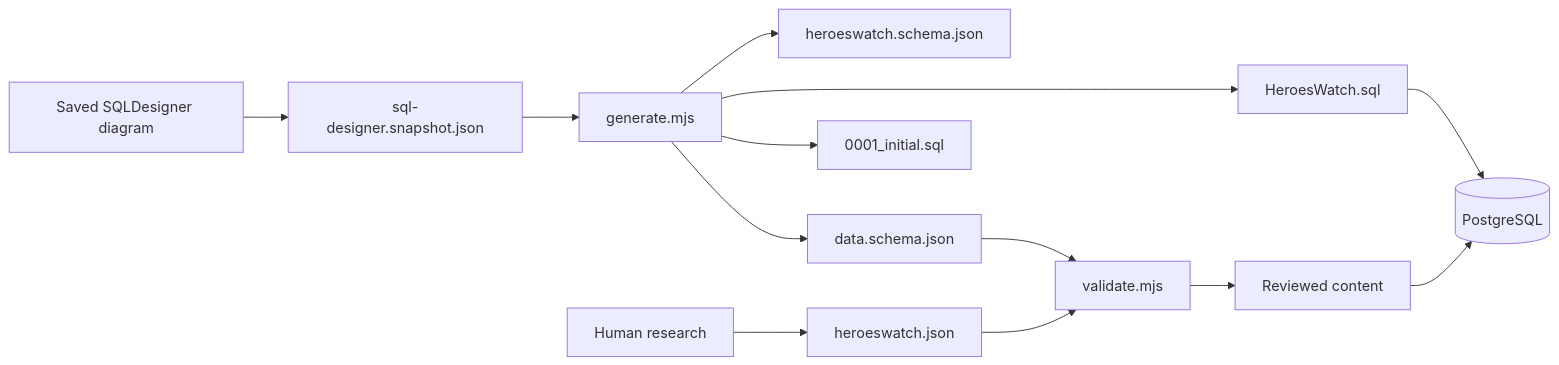
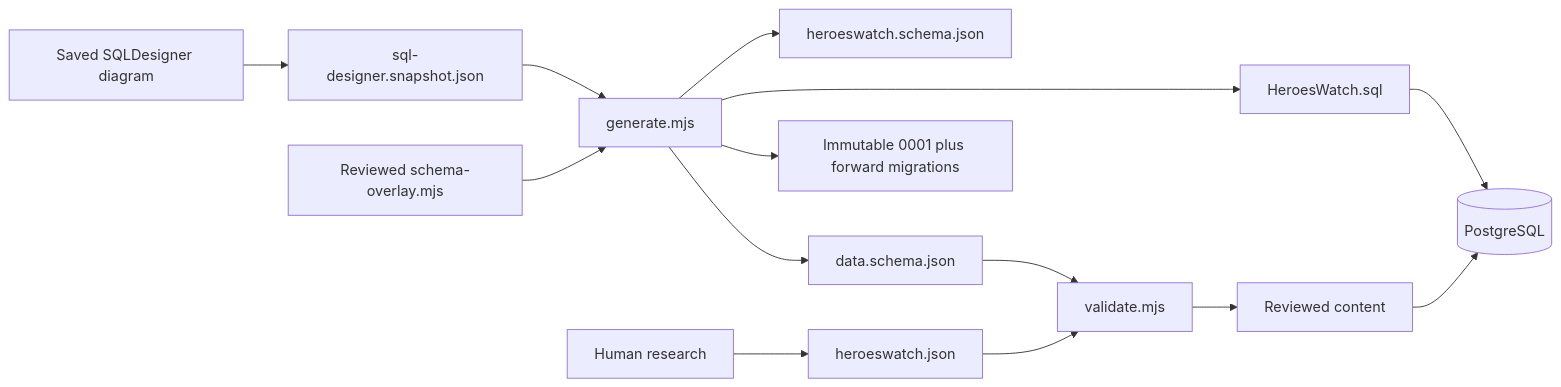
Before and after one commit to RusMermaid/HeroesWatch: the third of 3 diagrams in src/db/ARCHITECTURE.md, drawn with Mermaid. The commit also changed other lines of this file and 52 other files, not shown here.

````diff
--- a/src/db/ARCHITECTURE.md
+++ b/src/db/ARCHITECTURE.md
@@ -359,16 +400,17 @@
 ```mermaid
 flowchart LR
     Live[Saved SQLDesigner diagram] --> Snapshot[sql-designer.snapshot.json]
     Snapshot --> Generator[generate.mjs]
+    Overlay[Reviewed schema-overlay.mjs] --> Generator
     Generator --> Semantic[heroeswatch.schema.json]
     Generator --> SQL[HeroesWatch.sql]
-    Generator --> Migration[0001_initial.sql]
+    Generator --> Migration[Immutable 0001 plus forward migrations]
     Generator --> Contract[data.schema.json]
 
     Research[Human research] --> Data[heroeswatch.json]
     Contract --> Validator[validate.mjs]
     Data --> Validator
     Validator --> Review[Reviewed content]
     Review --> Database[(PostgreSQL)]
     SQL --> Database
 ```
````
